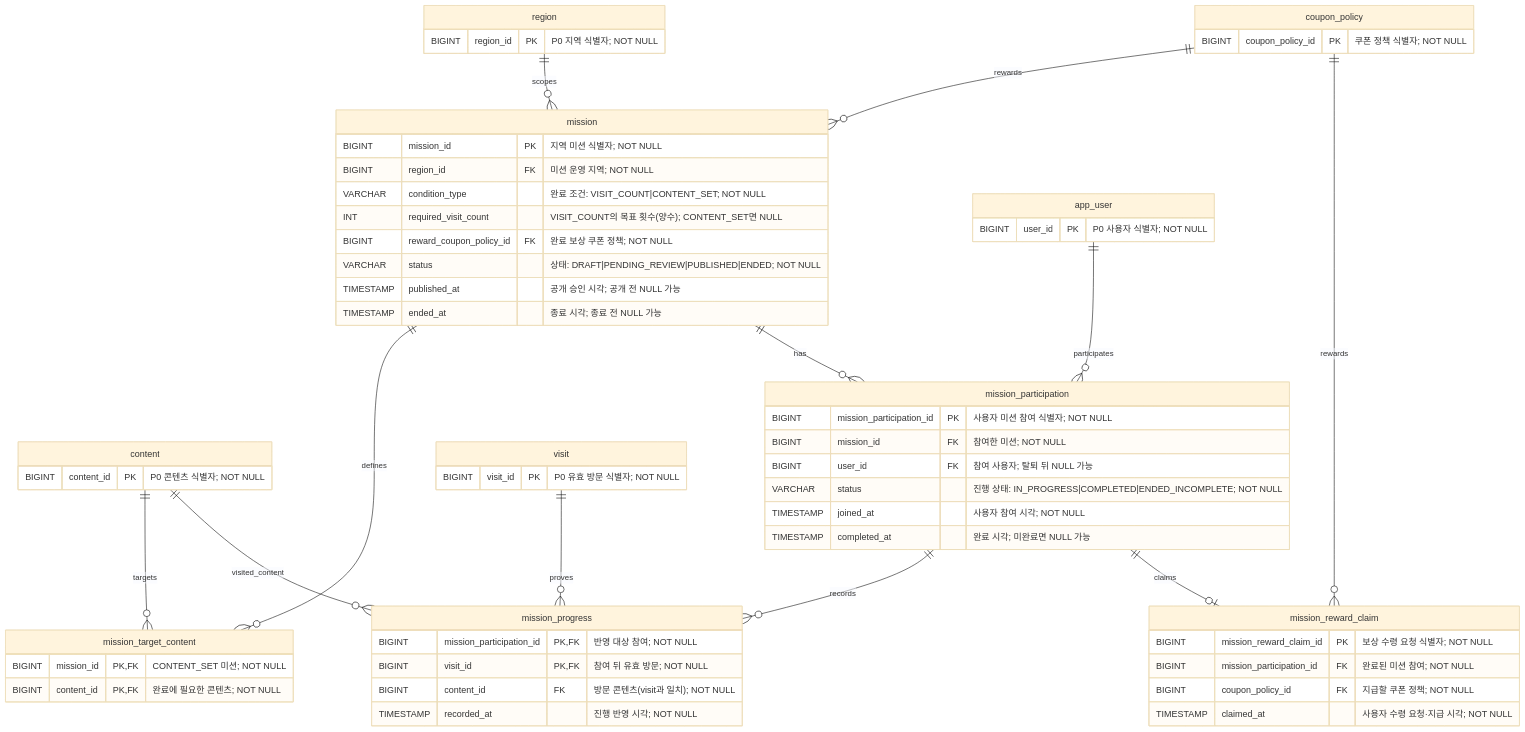
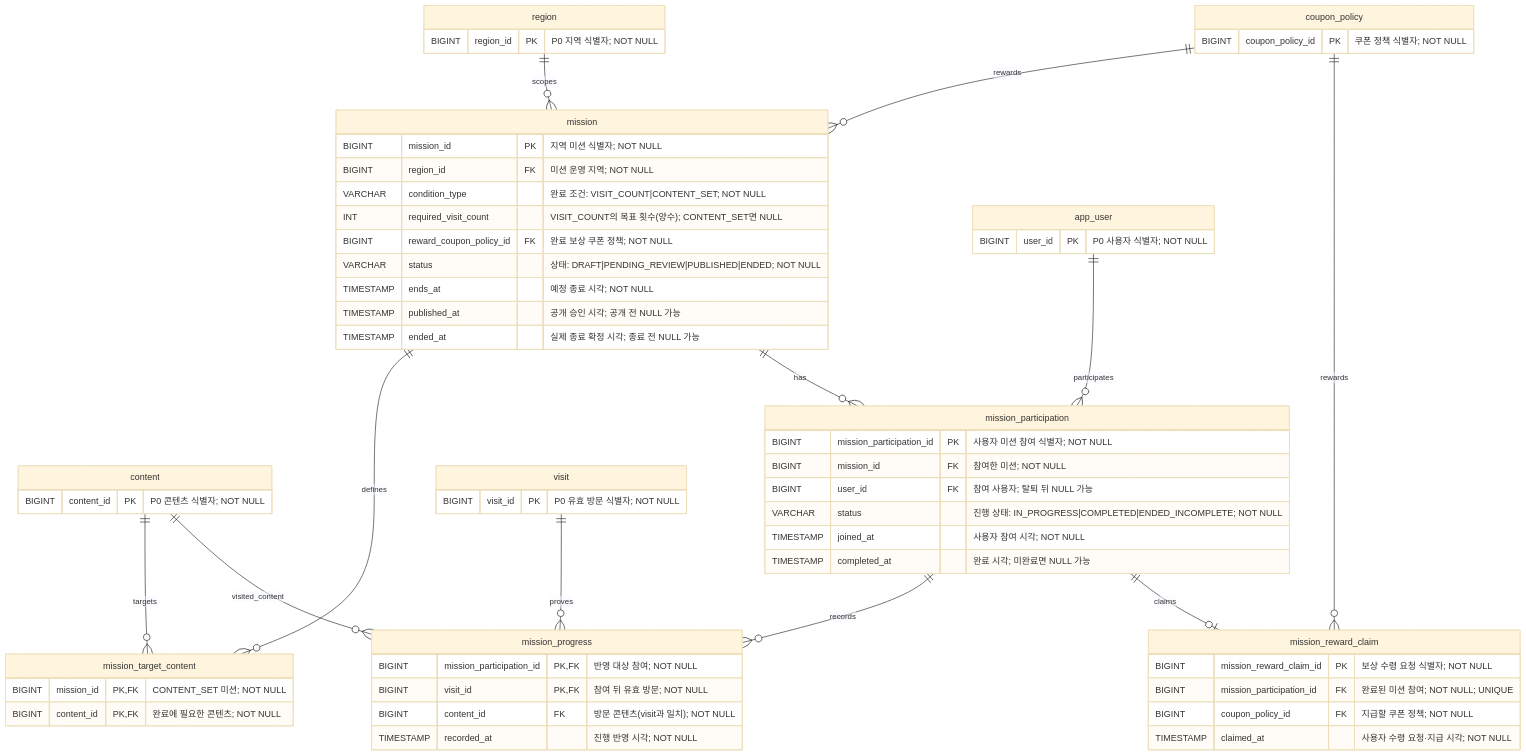
Before and after one commit to Gimhae-Yay/Regional-Event-Platform-Backend: the third of 5 diagrams in docs/p1-erd.md, drawn with Mermaid (base theme). The commit also changed other lines of this file, not shown here.

````diff
--- a/docs/p1-erd.md
+++ b/docs/p1-erd.md
@@ -153,64 +153,65 @@
 ```mermaid
 erDiagram
     region ||--o{ mission : scopes
     coupon_policy ||--o{ mission : rewards
     mission ||--o{ mission_target_content : defines
     content ||--o{ mission_target_content : targets
     mission ||--o{ mission_participation : has
     app_user ||--o{ mission_participation : participates
     mission_participation ||--o{ mission_progress : records
     content ||--o{ mission_progress : visited_content
     visit ||--o{ mission_progress : proves
     mission_participation ||--o| mission_reward_claim : claims
     coupon_policy ||--o{ mission_reward_claim : rewards
 
     app_user {
         BIGINT user_id PK "P0 사용자 식별자; NOT NULL"
     }
     region {
         BIGINT region_id PK "P0 지역 식별자; NOT NULL"
     }
     content {
         BIGINT content_id PK "P0 콘텐츠 식별자; NOT NULL"
     }
     visit {
         BIGINT visit_id PK "P0 유효 방문 식별자; NOT NULL"
     }
     coupon_policy {
         BIGINT coupon_policy_id PK "쿠폰 정책 식별자; NOT NULL"
     }
     mission {
         BIGINT mission_id PK "지역 미션 식별자; NOT NULL"
         BIGINT region_id FK "미션 운영 지역; NOT NULL"
         VARCHAR condition_type "완료 조건: VISIT_COUNT|CONTENT_SET; NOT NULL"
         INT required_visit_count "VISIT_COUNT의 목표 횟수(양수); CONTENT_SET면 NULL"
         BIGINT reward_coupon_policy_id FK "완료 보상 쿠폰 정책; NOT NULL"
         VARCHAR status "상태: DRAFT|PENDING_REVIEW|PUBLISHED|ENDED; NOT NULL"
+        TIMESTAMP ends_at "예정 종료 시각; NOT NULL"
         TIMESTAMP published_at "공개 승인 시각; 공개 전 NULL 가능"
-        TIMESTAMP ended_at "종료 시각; 종료 전 NULL 가능"
+        TIMESTAMP ended_at "실제 종료 확정 시각; 종료 전 NULL 가능"
     }
     mission_target_content {
         BIGINT mission_id PK, FK "CONTENT_SET 미션; NOT NULL"
         BIGINT content_id PK, FK "완료에 필요한 콘텐츠; NOT NULL"
     }
     mission_participation {
         BIGINT mission_participation_id PK "사용자 미션 참여 식별자; NOT NULL"
         BIGINT mission_id FK "참여한 미션; NOT NULL"
         BIGINT user_id FK "참여 사용자; 탈퇴 뒤 NULL 가능"
         VARCHAR status "진행 상태: IN_PROGRESS|COMPLETED|ENDED_INCOMPLETE; NOT NULL"
         TIMESTAMP joined_at "사용자 참여 시각; NOT NULL"
         TIMESTAMP completed_at "완료 시각; 미완료면 NULL 가능"
     }
     mission_progress {
         BIGINT mission_participation_id PK, FK "반영 대상 참여; NOT NULL"
         BIGINT visit_id PK, FK "참여 뒤 유효 방문; NOT NULL"
         BIGINT content_id FK "방문 콘텐츠(visit과 일치); NOT NULL"
         TIMESTAMP recorded_at "진행 반영 시각; NOT NULL"
     }
     mission_reward_claim {
         BIGINT mission_reward_claim_id PK "보상 수령 요청 식별자; NOT NULL"
-        BIGINT mission_participation_id FK "완료된 미션 참여; NOT NULL"
+        BIGINT mission_participation_id FK "완료된 미션 참여; NOT NULL; UNIQUE"
         BIGINT coupon_policy_id FK "지급할 쿠폰 정책; NOT NULL"
         TIMESTAMP claimed_at "사용자 수령 요청·지급 시각; NOT NULL"
     }
 ```
````
